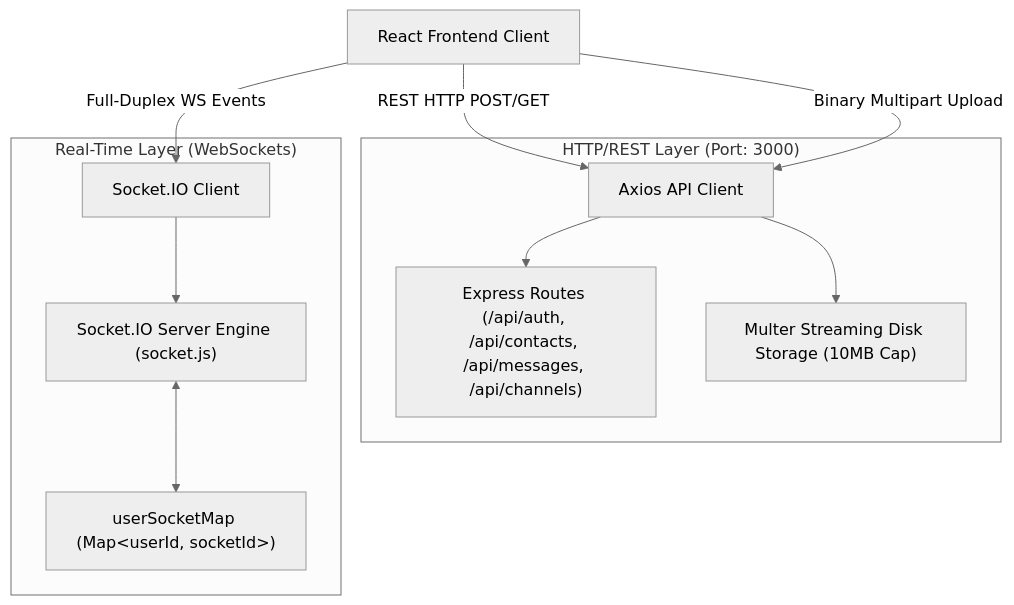
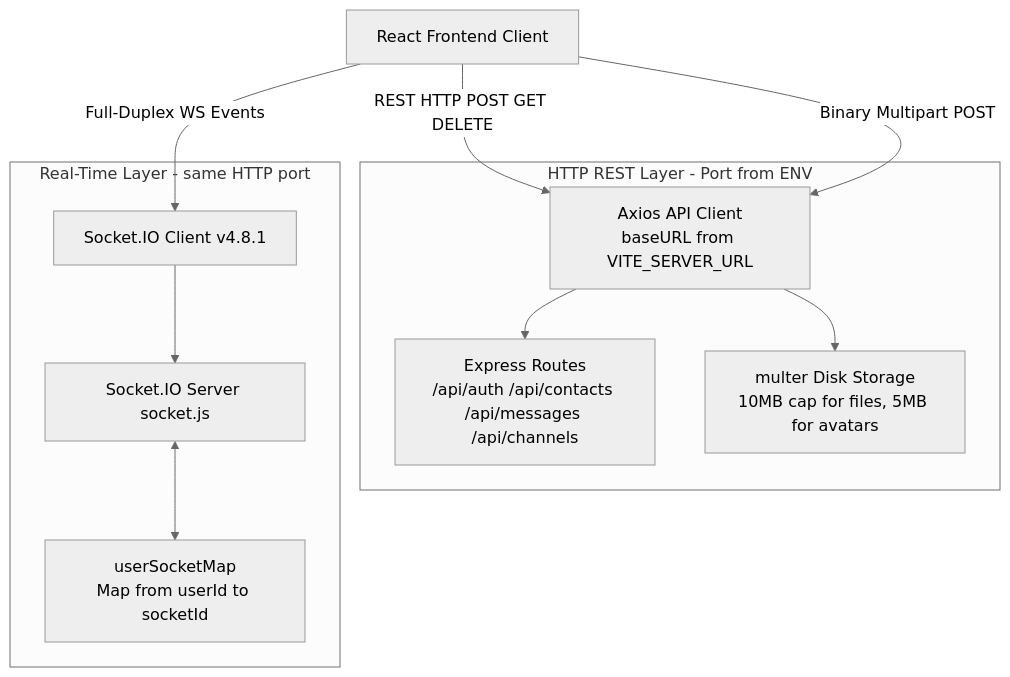
One commit to rishab2211/ChatX changed the diagram in docs/2-decisions.md. Above: the diagram before and after it, drawn with Mermaid (neutral theme). The commit also changed other lines of this file and 5 other files, not shown here.

Commit message:
docs: update technical documentation across architecture, decisions, schemas, and API specs

````diff
--- a/docs/2-decisions.md
+++ b/docs/2-decisions.md
@@ -65,21 +70,24 @@
 ```mermaid
 graph TD
     Client["React Frontend Client"]
-    
-    subgraph REST_Protocol ["HTTP/REST Layer (Port: 3000)"]
-        Axios["Axios API Client"]
-        ExpressRoutes["Express Routes (/api/auth, /api/contacts, /api/messages, /api/channels)"]
-        Multer["Multer Streaming Disk Storage (10MB Cap)"]
-    end
-    
-    subgraph RealTime_Protocol ["Real-Time Layer (WebSockets)"]
-        SocketClient["Socket.IO Client"]
-        SocketServer["Socket.IO Server Engine (socket.js)"]
-        SocketMap["userSocketMap (Map&lt;userId, socketId&gt;)"]
+
+    subgraph REST_Layer ["HTTP REST Layer - Port from ENV"]
+        Axios["Axios API Client\nbaseURL from VITE_SERVER_URL"]
+        ExpressRoutes["Express Routes\n/api/auth /api/contacts /api/messages /api/channels"]
+        Multer["multer Disk Storage\n10MB cap for files, 5MB for avatars"]
     end
 
-    Client -->|REST HTTP POST/GET| Axios --> ExpressRoutes
-    Client -->|Binary Multipart Upload| Axios --> Multer
-    Client -->|Full-Duplex WS Events| SocketClient --> SocketServer
+    subgraph RealTime_Layer ["Real-Time Layer - same HTTP port"]
+        SocketClient["Socket.IO Client v4.8.1"]
+        SocketServer["Socket.IO Server socket.js"]
+        SocketMap["userSocketMap\nMap from userId to socketId"]
+    end
+
+    Client -->|"REST HTTP POST GET DELETE"| Axios
+    Axios --> ExpressRoutes
+    Client -->|"Binary Multipart POST"| Axios
+    Axios --> Multer
+    Client -->|"Full-Duplex WS Events"| SocketClient
+    SocketClient --> SocketServer
     SocketServer <--> SocketMap
 ```
````
